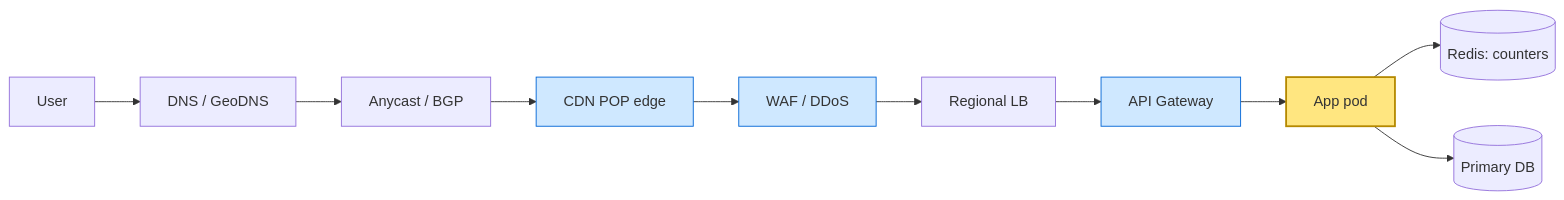
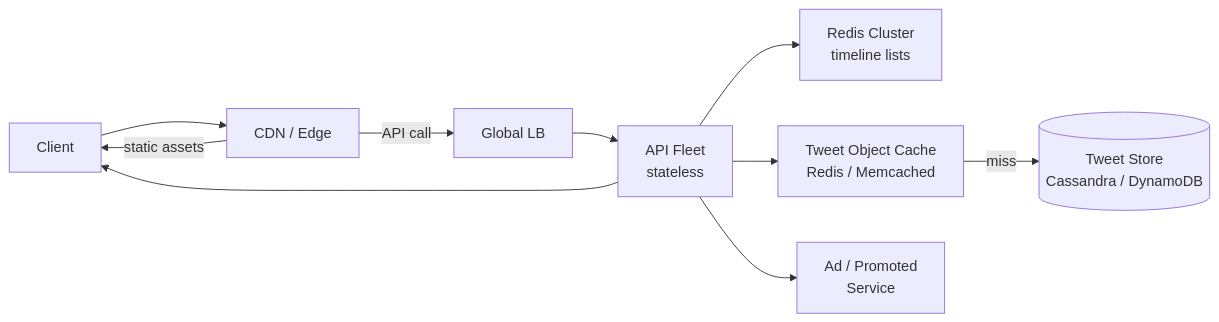
One commit to Abhi-Gautam/systems-learning-lab changed the third of 6 diagrams in Notes/hld-notes.md. Above: the diagram before and after it, drawn with Mermaid. The commit also changed other lines of this file and 45 other files, not shown here.

````diff
--- a/Notes/hld-notes.md
+++ b/Notes/hld-notes.md
@@ -1112,16 +603,12 @@
 ```mermaid
 flowchart LR
-    U[User] --> DNS[DNS / GeoDNS]
-    DNS --> AC[Anycast / BGP]
-    AC --> CDN[CDN POP edge]
-    CDN --> WAF[WAF / DDoS]
-    WAF --> LB[Regional LB]
-    LB --> GW[API Gateway]
-    GW --> APP[App pod]
-    APP --> CACHE[(Redis: counters)]
-    APP --> DB[(Primary DB)]
-    style CDN fill:#cfe8ff,stroke:#0366d6
-    style WAF fill:#cfe8ff,stroke:#0366d6
-    style GW fill:#cfe8ff,stroke:#0366d6
-    style APP fill:#ffe680,stroke:#b58900,stroke-width:2px
+    Client --> CDN[CDN / Edge]
+    CDN -->|static assets| Client
+    CDN -->|API call| LB[Global LB]
+    LB --> API[API Fleet<br/>stateless]
+    API --> Redis[Redis Cluster<br/>timeline lists]
+    API --> TweetCache[Tweet Object Cache<br/>Redis / Memcached]
+    TweetCache -->|miss| TweetDB[(Tweet Store<br/>Cassandra / DynamoDB)]
+    API --> AdSvc[Ad / Promoted<br/>Service]
+    API --> Client
 ```
````
